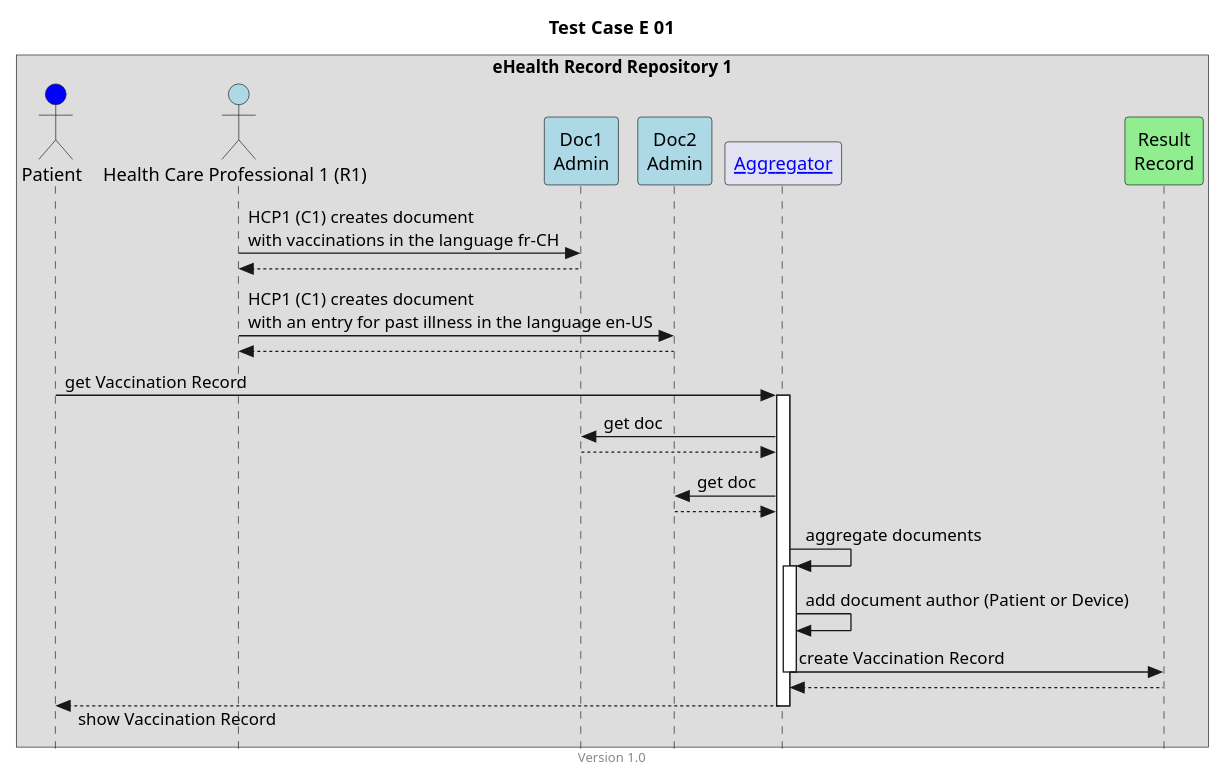
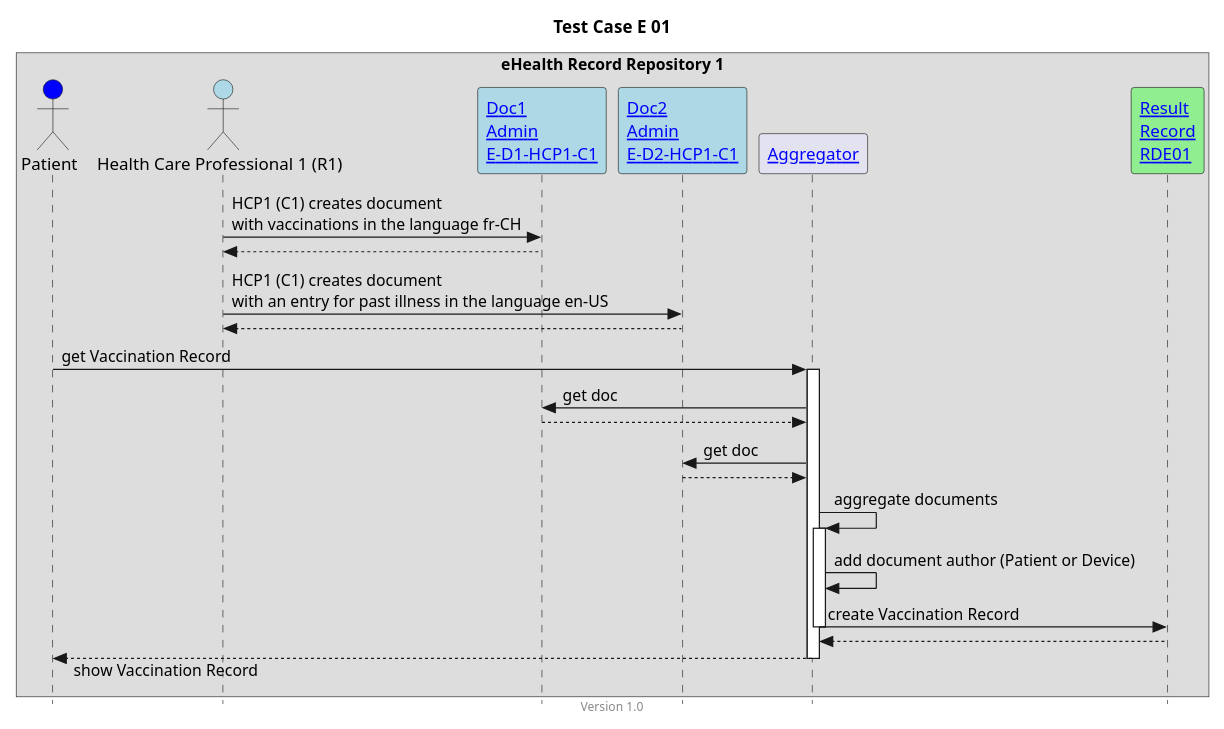
Before and after one commit to hl7ch/ch-vacd: the diagram in input/images-source/TCE01.plantuml, drawn with PlantUML. The commit also changed 27 other files, not shown here.

Commit message:
add links to TC diagrams and links on different places to serve better informations to users #354

```diff
--- a/input/images-source/TCE01.plantuml
+++ b/input/images-source/TCE01.plantuml
@@ -1,44 +1,43 @@
 @startuml
 title Test Case E 01
 footer Version 1.0
 skinparam responseMessageBelowArrow true
 skinparam style strictuml
 scale max 800 width
 
-
 box "eHealth Record Repository 1"
 actor "Patient" as PAT #blue
 actor "Health Care Professional 1 (R1)" as HCP1_C1 #lightblue
-participant "Doc1\nAdmin" as Doc1 #lightblue
-participant "Doc2\nAdmin" as Doc2 #lightblue
+participant "[[Bundle-E-D1-HCP1-C1.html Doc1\nAdmin\nE-D1-HCP1-C1]]" as Doc1 #lightblue
+participant "[[Bundle-E-D2-HCP1-C1.html Doc2\nAdmin\nE-D2-HCP1-C1]]" as Doc2 #lightblue
 participant "[[aggregator.html Aggregator]]" as AGG
-participant "Result\nRecord" as RES #lightgreen
+participant "[[Bundle-RDE01.html Result\nRecord\nRDE01]]" as RES #lightgreen
 end box
 
 HCP1_C1 -> Doc1: HCP1 (C1) creates document\nwith vaccinations in the language fr-CH
 HCP1_C1 <-- Doc1
 
 HCP1_C1 -> Doc2: HCP1 (C1) creates document\nwith an entry for past illness in the language en-US
 HCP1_C1 <-- Doc2
 
 PAT -> AGG: get Vaccination Record
 activate AGG
 
 AGG -> Doc1: get doc
 AGG <-- Doc1
 
 AGG -> Doc2: get doc
 AGG <-- Doc2
  
 AGG -> AGG: aggregate documents 
 activate AGG
 AGG -> AGG: add document author (Patient or Device)
 AGG -> RES: create Vaccination Record
 deactivate AGG
 AGG <-- RES
 
 PAT <-- AGG: show Vaccination Record
 deactivate AGG
 
 
 @enduml
```
